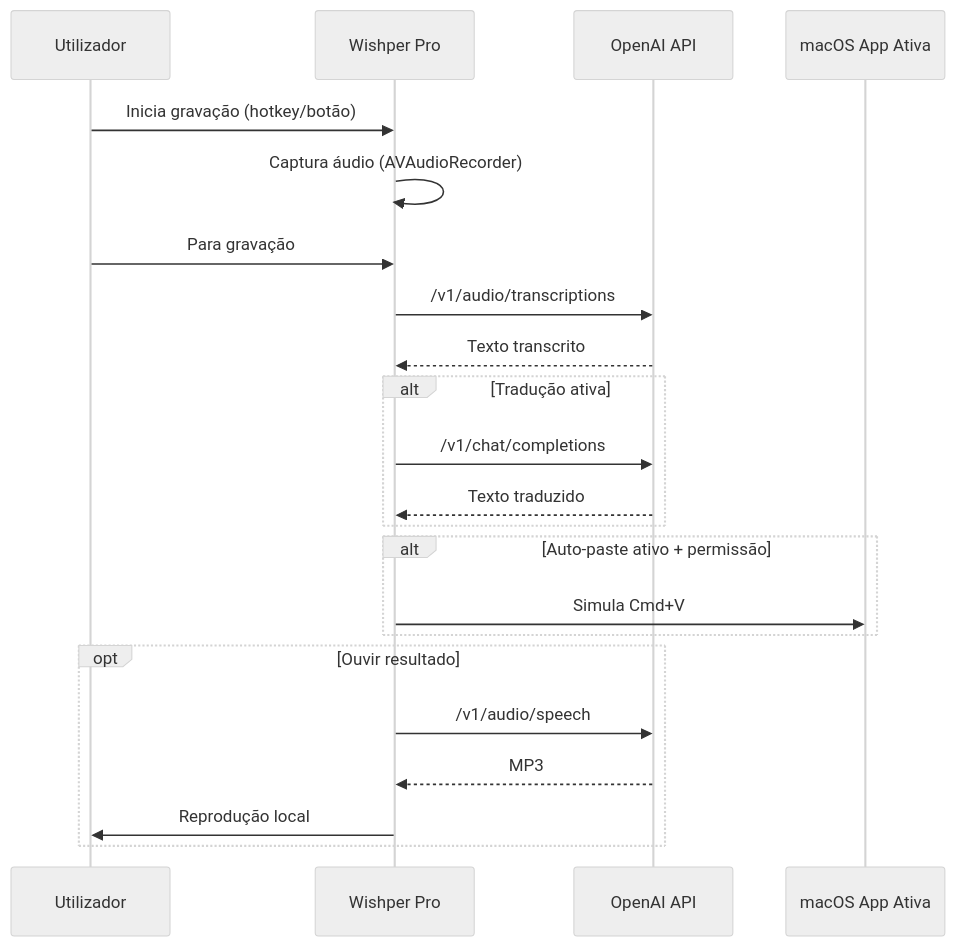
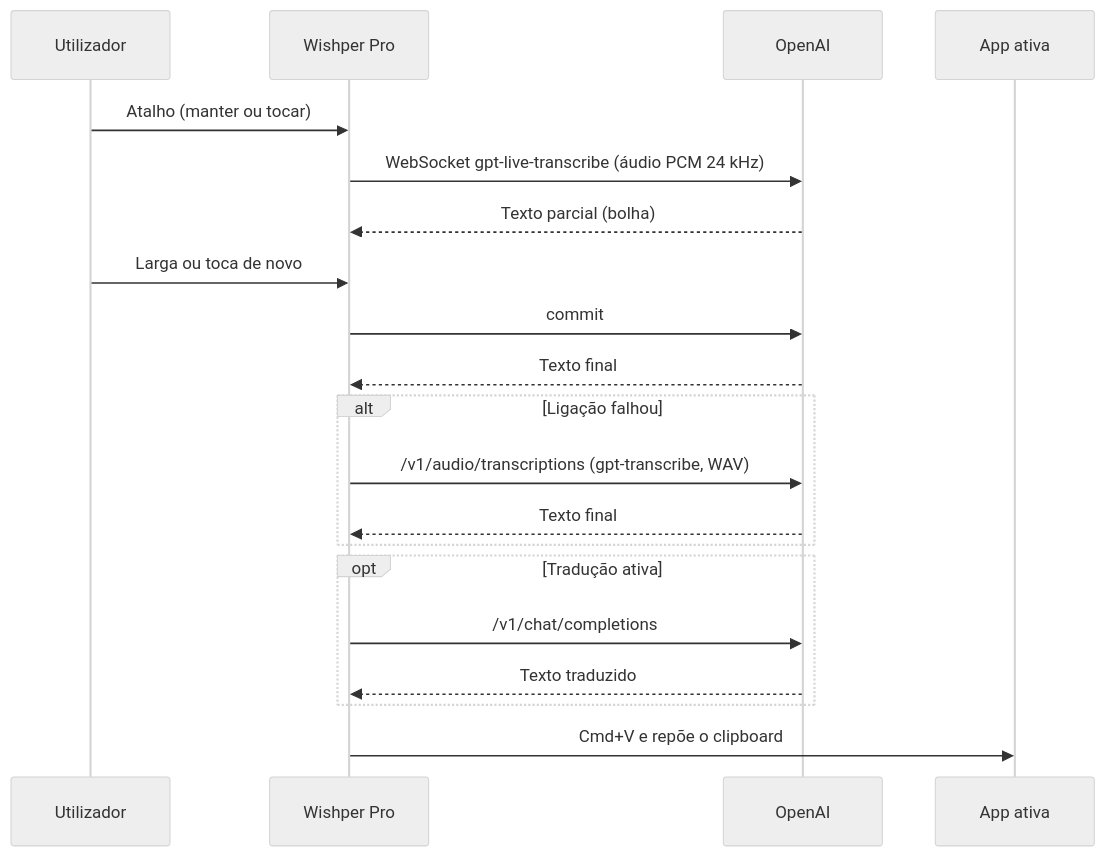
One commit to pixelhunter1/wishper-pro-labs changed the diagram in README.md. Above: the diagram before and after it, drawn with Mermaid (neutral theme). The commit also changed other lines of this file and 1 other file, not shown here.

Commit message:
Update docs for live dictation and the menu bar app

````diff
--- a/README.md
+++ b/README.md
@@ -32,25 +18,23 @@
 ```mermaid
 sequenceDiagram
     participant U as Utilizador
     participant A as Wishper Pro
-    participant O as OpenAI API
-    participant M as macOS App Ativa
+    participant O as OpenAI
+    participant M as App ativa
 
-    U->>A: Inicia gravação (hotkey/botão)
-    A->>A: Captura áudio (AVAudioRecorder)
-    U->>A: Para gravação
-    A->>O: /v1/audio/transcriptions
-    O-->>A: Texto transcrito
-    alt Tradução ativa
+    U->>A: Atalho (manter ou tocar)
+    A->>O: WebSocket gpt-live-transcribe (áudio PCM 24 kHz)
+    O-->>A: Texto parcial (bolha)
+    U->>A: Larga ou toca de novo
+    A->>O: commit
+    O-->>A: Texto final
+    alt Ligação falhou
+        A->>O: /v1/audio/transcriptions (gpt-transcribe, WAV)
+        O-->>A: Texto final
+    end
+    opt Tradução ativa
         A->>O: /v1/chat/completions
         O-->>A: Texto traduzido
     end
-    alt Auto-paste ativo + permissão
-        A->>M: Simula Cmd+V
-    end
-    opt Ouvir resultado
-        A->>O: /v1/audio/speech
-        O-->>A: MP3
-        A->>U: Reprodução local
-    end
+    A->>M: Cmd+V e repõe o clipboard
 ```
````
